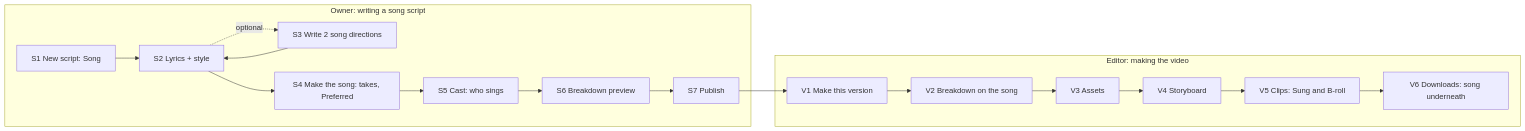
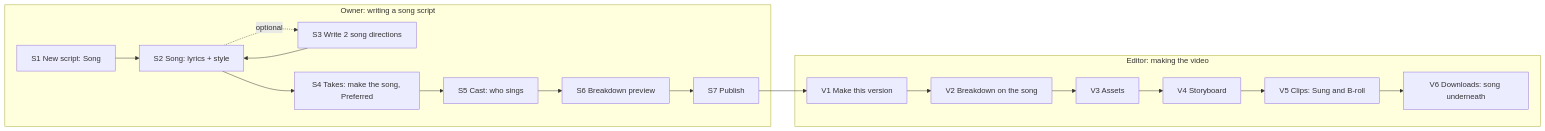
One commit to reedpafford/brand-studio changed the diagram in docs/next/flows.md. Above: the diagram before and after it, drawn with Mermaid. The commit also changed other lines of this file, not shown here.

First line of the commit message:
Song-ad flows: step names and states aligned with the screen plan (#737)

````diff
--- a/docs/next/flows.md
+++ b/docs/next/flows.md
@@ -48,20 +48,20 @@
 ```mermaid
 flowchart LR
   subgraph Owner["Owner: writing a song script"]
-    N[S1 New script: Song] --> L[S2 Lyrics + style]
+    N[S1 New script: Song] --> L[S2 Song: lyrics + style]
     L -. optional .-> D[S3 Write 2 song directions]
     D --> L
-    L --> M[S4 Make the song: takes, Preferred]
+    L --> M[S4 Takes: make the song, Preferred]
     M --> C[S5 Cast: who sings]
     C --> BP[S6 Breakdown preview]
     BP --> P[S7 Publish]
   end
   subgraph Editor["Editor: making the video"]
     P --> V[V1 Make this version]
     V --> B[V2 Breakdown on the song]
     B --> A[V3 Assets]
     A --> SB[V4 Storyboard]
     SB --> CL[V5 Clips: Sung and B-roll]
     CL --> DL[V6 Downloads: song underneath]
   end
 ```
````
